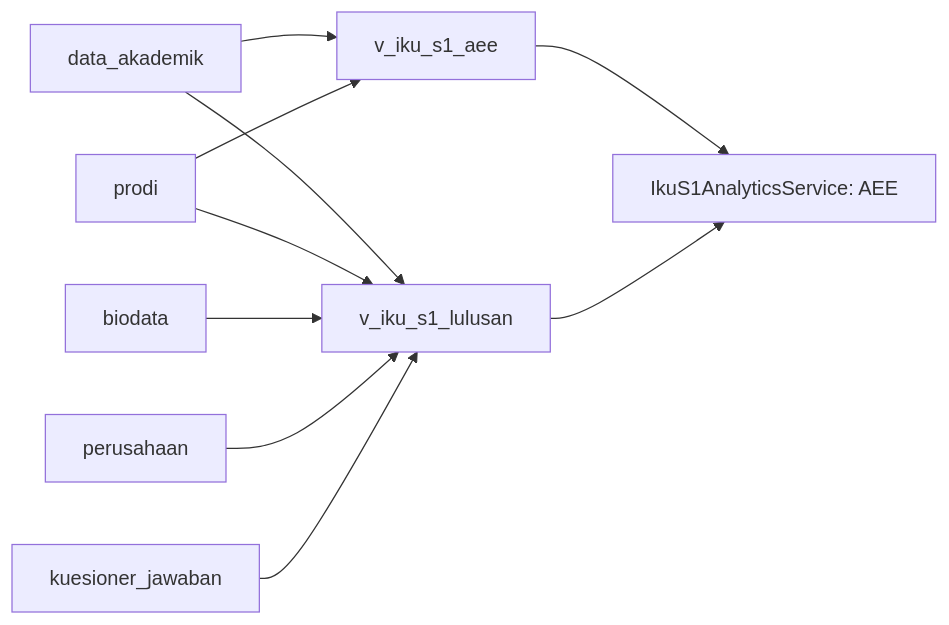
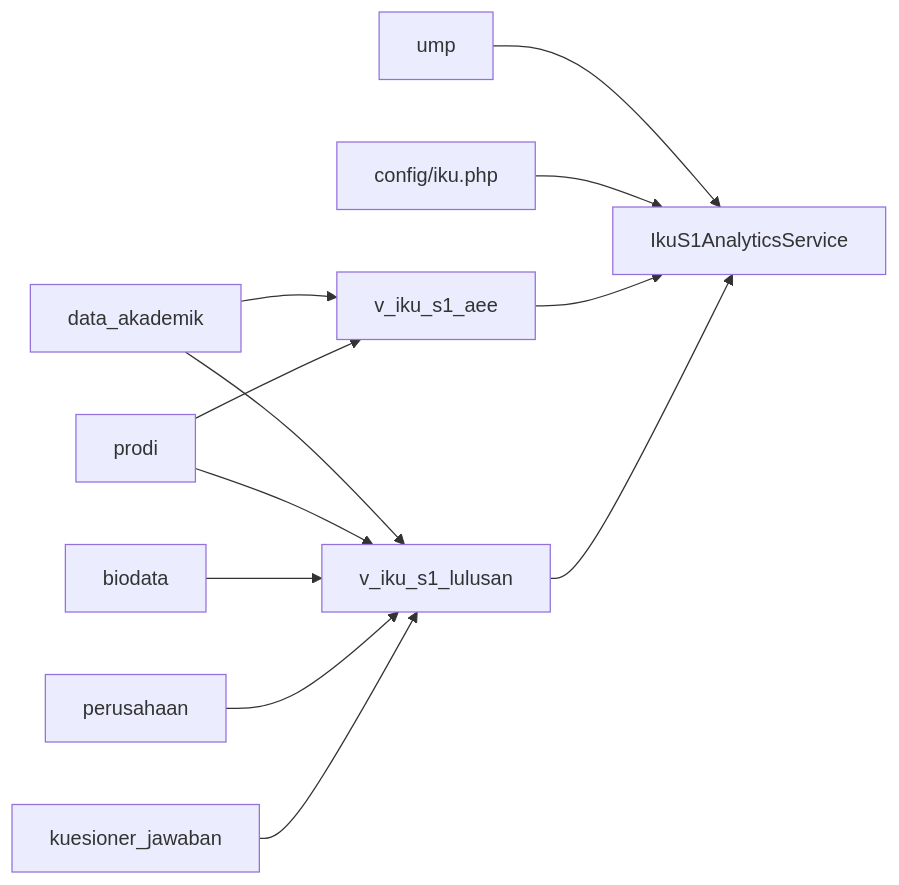
The seventh of 10 diagrams in ERD.md (claraanjelitakd/tugas-akhir), drawn with Mermaid before and after one commit. The commit also changed other lines of this file and 10 other files, not shown here.

````diff
--- a/ERD.md
+++ b/ERD.md
@@ -320,12 +323,14 @@
 ```mermaid
 flowchart LR
     DA[data_akademik] --> AEE[v_iku_s1_aee]
     P[prodi] --> AEE
     DA --> L[v_iku_s1_lulusan]
     P --> L
     B[biodata] --> L
     C[perusahaan] --> L
     KJ[kuesioner_jawaban] --> L
-    AEE --> S[IkuS1AnalyticsService: AEE]
+    UMP[ump] --> S[IkuS1AnalyticsService]
+    CFG[config/iku.php] --> S
+    AEE --> S
     L --> S
 ```
````
